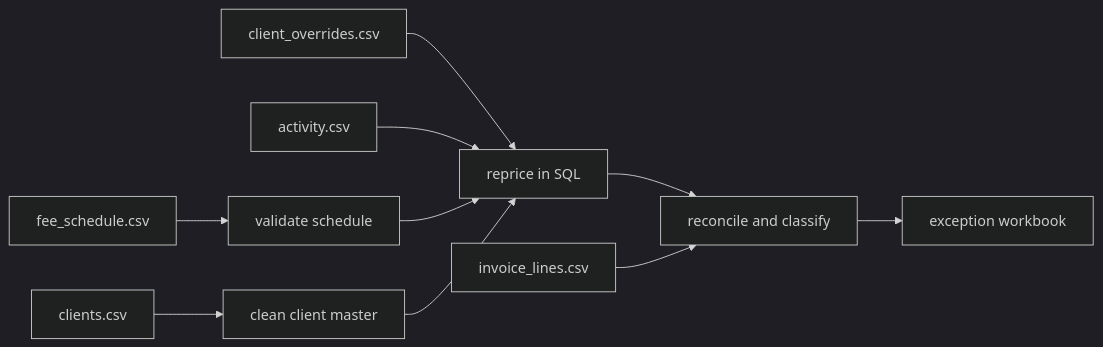
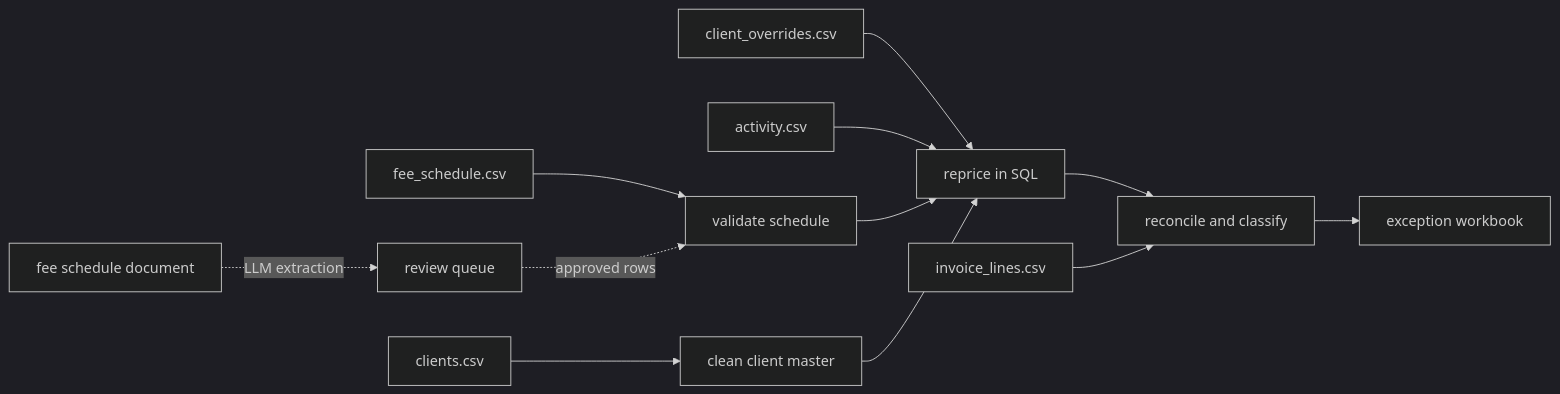
The diagram in README.md (can-ayhan/fee-billing-reconciliation), drawn with Mermaid (dark theme) before and after one commit. The commit also changed other lines of this file, not shown here.

Commit message:
Document the schedule extraction and review queue in the README

````diff
--- a/README.md
+++ b/README.md
@@ -13,12 +13,13 @@
 ```mermaid
 flowchart LR
     F[fee_schedule.csv] --> V[validate schedule]
     C[clients.csv] --> M[clean client master]
     O[client_overrides.csv] --> P
     A[activity.csv] --> P
     V --> P[reprice in SQL]
     M --> P
     P --> R[reconcile and classify]
     I[invoice_lines.csv] --> R
     R --> X[exception workbook]
+    D[fee schedule document] -. LLM extraction .-> Q[review queue] -. approved rows .-> V
 ```
````
